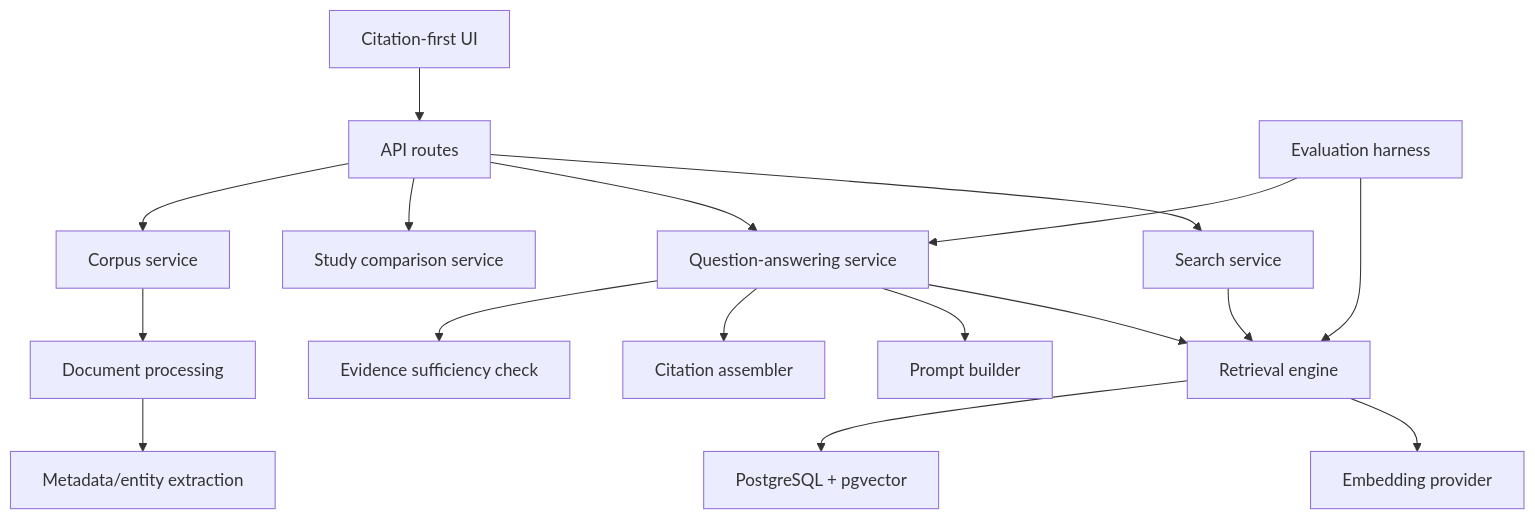
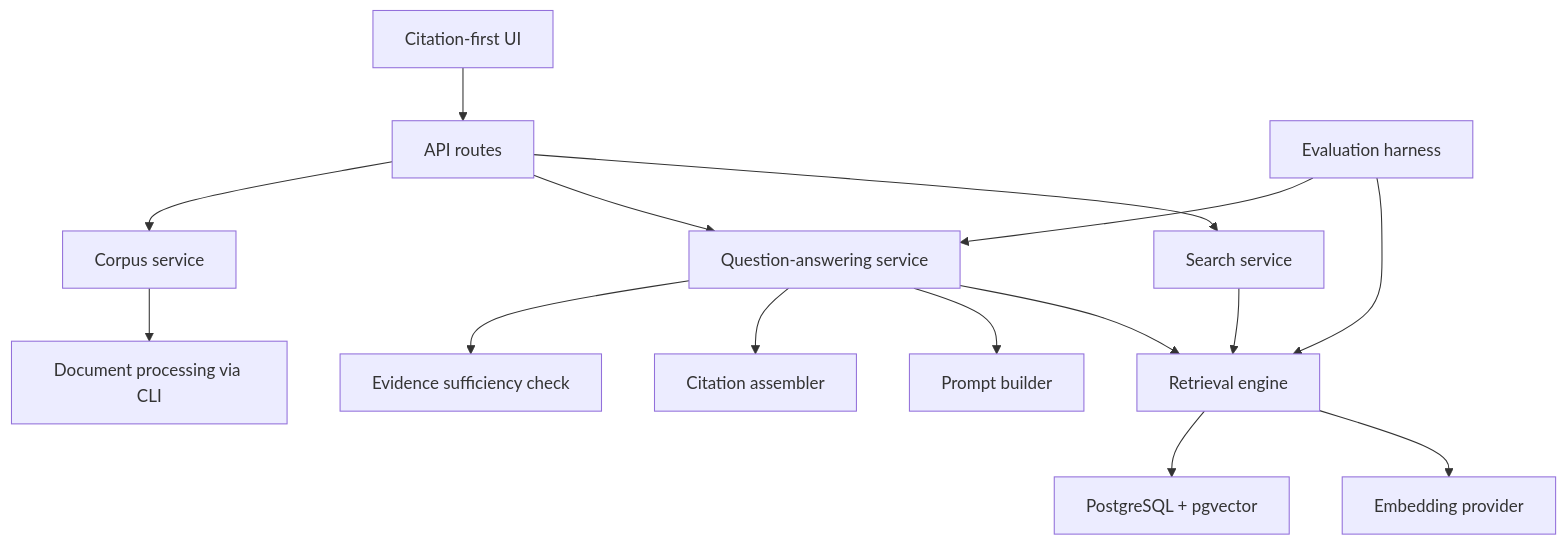
One commit to bluefate/spacebio-evidence-engine changed the eighth of 9 diagrams in design.md. Above: the diagram before and after it, drawn with Mermaid. The commit also changed other lines of this file and 41 other files, not shown here.

````diff
--- a/design.md
+++ b/design.md
@@ -259,19 +259,17 @@
 ```mermaid
 flowchart TD
   UI["Citation-first UI"] --> API["API routes"]
   API --> Search["Search service"]
   API --> QA["Question-answering service"]
-  API --> Compare["Study comparison service"]
   API --> Corpus["Corpus service"]
   Search --> Retrieval["Retrieval engine"]
   QA --> Retrieval
   QA --> Prompting["Prompt builder"]
   QA --> Citations["Citation assembler"]
   QA --> Sufficiency["Evidence sufficiency check"]
   Retrieval --> Embeddings["Embedding provider"]
   Retrieval --> Store["PostgreSQL + pgvector"]
-  Corpus --> Processing["Document processing"]
-  Processing --> Extraction["Metadata/entity extraction"]
+  Corpus --> Processing["Document processing via CLI"]
   Evaluation["Evaluation harness"] --> Retrieval
   Evaluation --> QA
 ```
````
